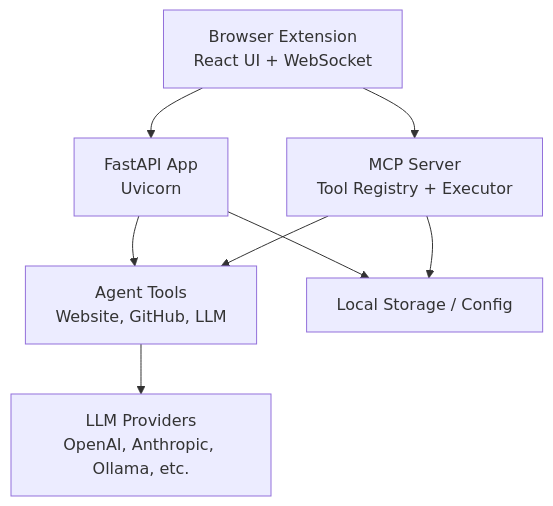
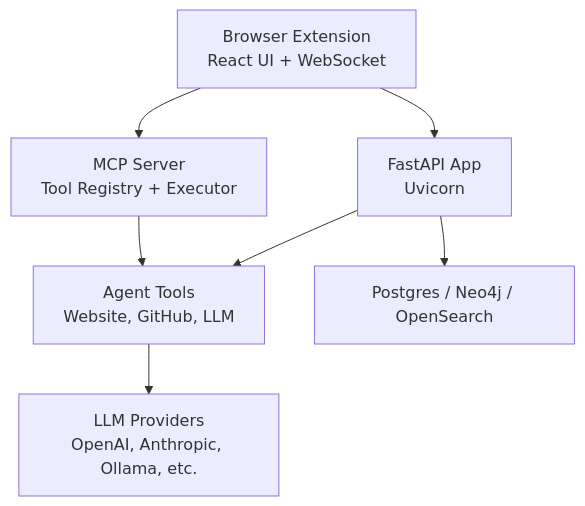
The second of 3 diagrams in src/data/docs/agentic-browser/Deployment and Operations.md (tashifkhan/tashif.codes), drawn with Mermaid before and after one commit. The commit also changed other lines of this file and 2128 other files, not shown here.

First line of the commit message:
docs: replace raster diagram images with native Mermaid across project guides

````diff
--- a/src/data/docs/agentic-browser/Deployment and Operations.md
+++ b/src/data/docs/agentic-browser/Deployment and Operations.md
@@ -67,16 +66,15 @@
 ```mermaid
 graph TB
 Client["Browser Extension<br/>React UI + WebSocket"]
 API["FastAPI App<br/>Uvicorn"]
 MCP["MCP Server<br/>Tool Registry + Executor"]
 Tools["Agent Tools<br/>Website, GitHub, LLM"]
 LLM["LLM Providers<br/>OpenAI, Anthropic, Ollama, etc."]
-Storage["Local Storage / Config"]
+Storage["Postgres / Neo4j / OpenSearch"]
 Client --> API
 Client --> MCP
 API --> Tools
 MCP --> Tools
 Tools --> LLM
 API --> Storage
-MCP --> Storage
 ```
````
